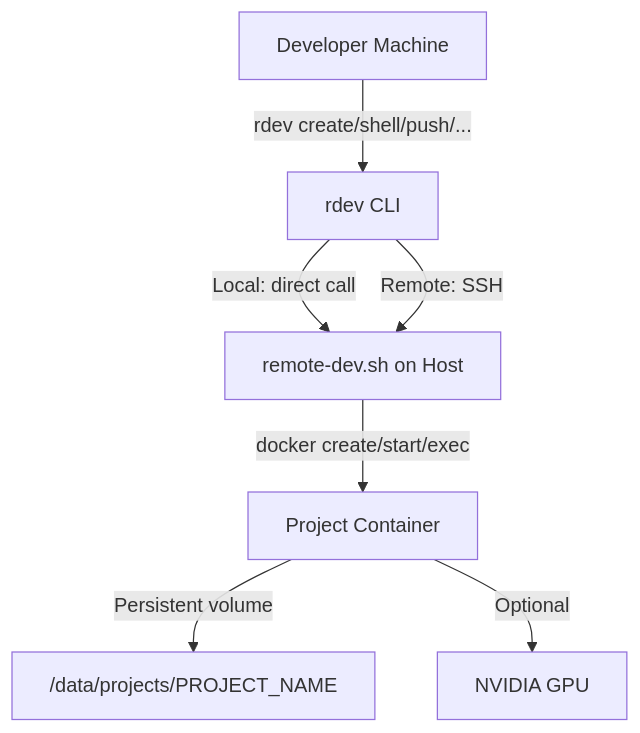
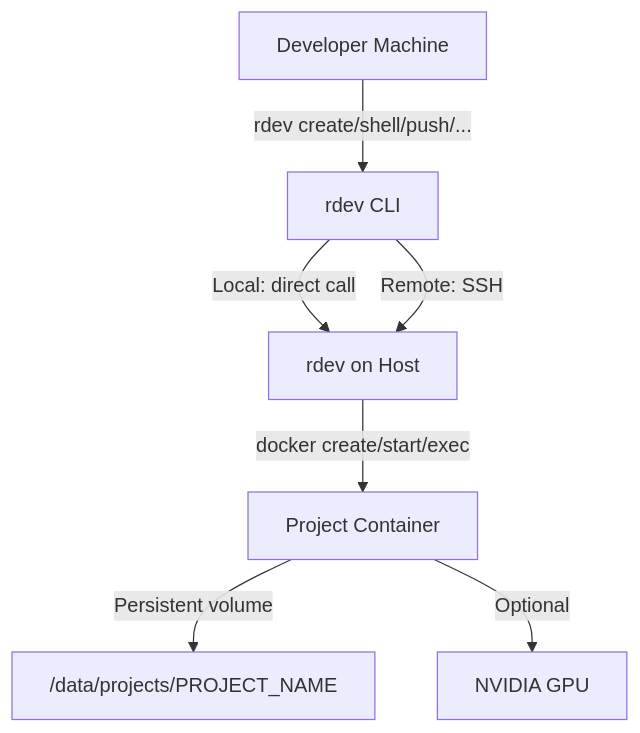
One commit to ideasmashup/remote-dev changed the diagram in README.md. Above: the diagram before and after it, drawn with Mermaid. The commit also changed other lines of this file and 3 other files, not shown here.

````diff
--- a/README.md
+++ b/README.md
@@ -7,9 +7,9 @@
 ```mermaid
 graph TD
     DEV["Developer Machine"] -->|"rdev create/shell/push/..."| RDEV["rdev CLI"]
-    RDEV -->|"Local: direct call"| REMOTE_DEV["remote-dev.sh on Host"]
+    RDEV -->|"Local: direct call"| REMOTE_DEV["rdev on Host"]
     RDEV -->|"Remote: SSH"| REMOTE_DEV
     REMOTE_DEV -->|"docker create/start/exec"| CONTAINER["Project Container"]
     CONTAINER -->|"Persistent volume"| STORAGE["/data/projects/PROJECT_NAME"]
     CONTAINER -->|"Optional"| GPU["NVIDIA GPU"]
 ```
````
